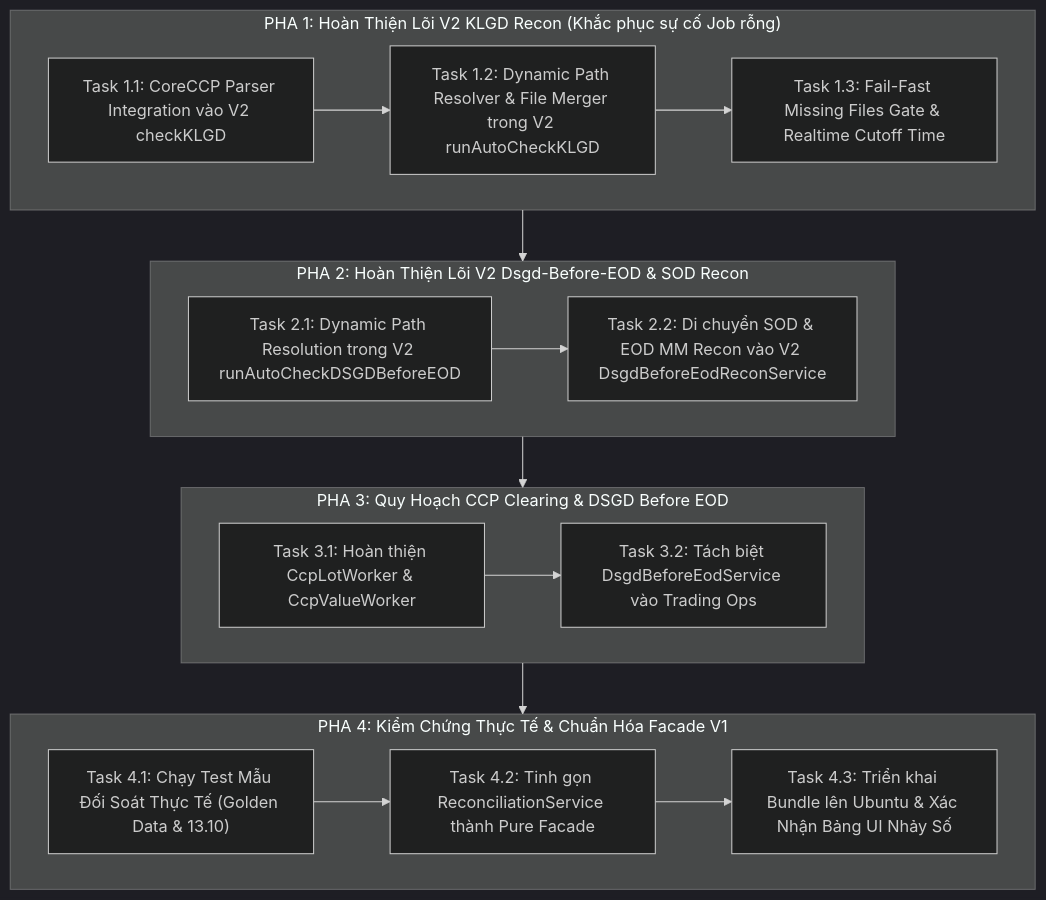
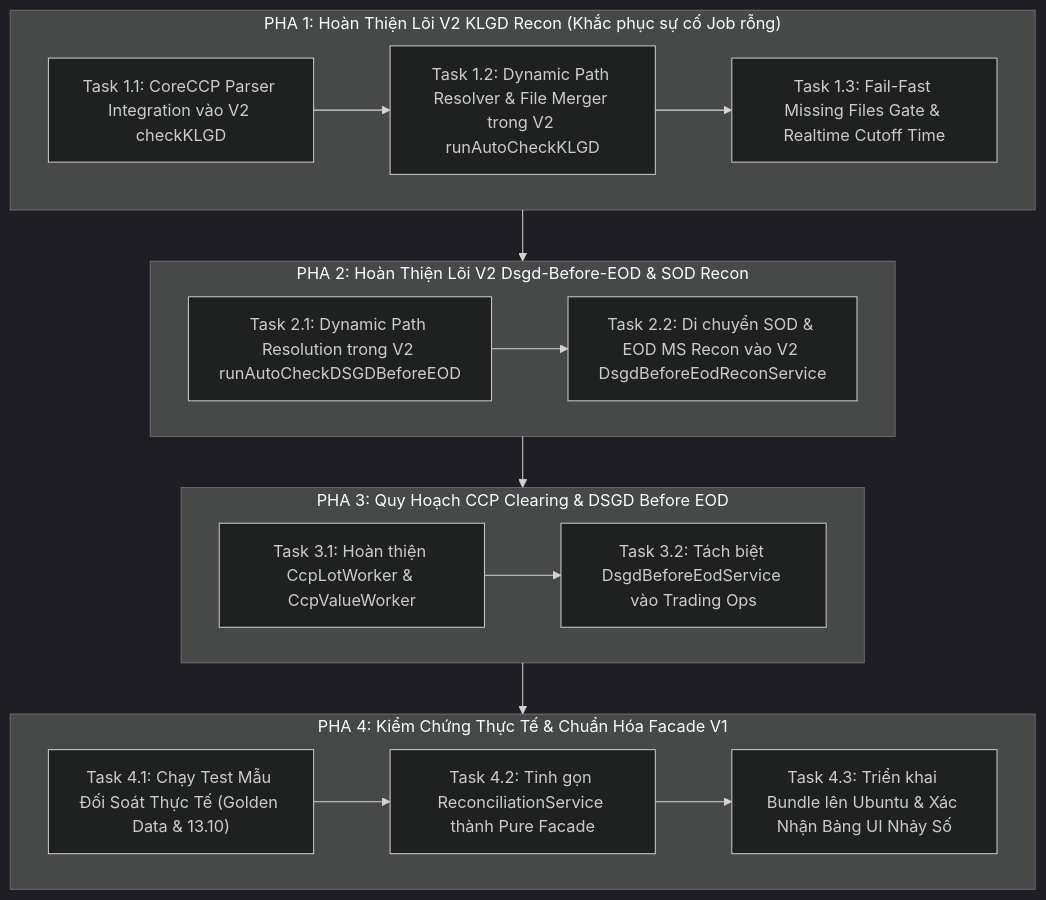
The diagram in docs/moi/KE_HOACH_CUON_CHIEU_HOAN_THIEN_TRADING_OPS_RECONCILIATION.md (broly1009a/mxv-shift-checklist), drawn with Mermaid (dark theme) before and after one commit. The commit also changed other lines of this file and 40 other files, not shown here.

````diff
--- a/docs/moi/KE_HOACH_CUON_CHIEU_HOAN_THIEN_TRADING_OPS_RECONCILIATION.md
+++ b/docs/moi/KE_HOACH_CUON_CHIEU_HOAN_THIEN_TRADING_OPS_RECONCILIATION.md
@@ -31,22 +31,22 @@
 ```mermaid
 flowchart TD
     subgraph P1["PHA 1: Hoàn Thiện Lõi V2 KLGD Recon (Khắc phục sự cố Job rỗng)"]
         T11["Task 1.1: CoreCCP Parser Integration vào V2 checkKLGD"] --> T12["Task 1.2: Dynamic Path Resolver & File Merger trong V2 runAutoCheckKLGD"]
         T12 --> T13["Task 1.3: Fail-Fast Missing Files Gate & Realtime Cutoff Time"]
     end
 
     subgraph P2["PHA 2: Hoàn Thiện Lõi V2 Dsgd-Before-EOD & SOD Recon"]
-        T21["Task 2.1: Dynamic Path Resolution trong V2 runAutoCheckDSGDBeforeEOD"] --> T22["Task 2.2: Di chuyển SOD & EOD MM Recon vào V2 DsgdBeforeEodReconService"]
+        T21["Task 2.1: Dynamic Path Resolution trong V2 runAutoCheckDSGDBeforeEOD"] --> T22["Task 2.2: Di chuyển SOD & EOD MS Recon vào V2 DsgdBeforeEodReconService"]
     end
 
     subgraph P3["PHA 3: Quy Hoạch CCP Clearing & DSGD Before EOD"]
         T31["Task 3.1: Hoàn thiện CcpLotWorker & CcpValueWorker"] --> T32["Task 3.2: Tách biệt DsgdBeforeEodService vào Trading Ops"]
     end
 
     subgraph P4["PHA 4: Kiểm Chứng Thực Tế & Chuẩn Hóa Facade V1"]
         T41["Task 4.1: Chạy Test Mẫu Đối Soát Thực Tế (Golden Data & 13.10)"] --> T42["Task 4.2: Tinh gọn ReconciliationService thành Pure Facade"]
         T42 --> T43["Task 4.3: Triển khai Bundle lên Ubuntu & Xác Nhận Bảng UI Nhảy Số"]
     end
 
     P1 --> P2 --> P3 --> P4
 ```
````
